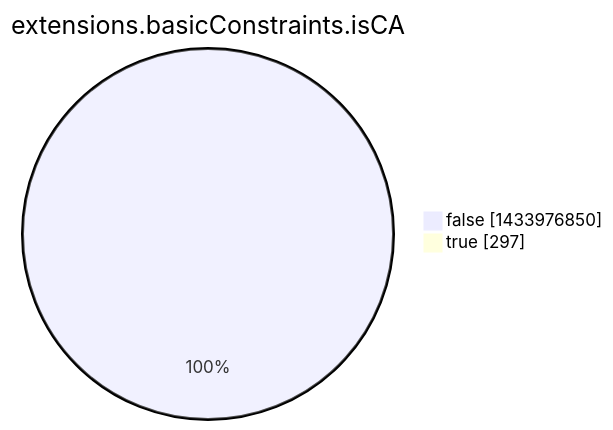
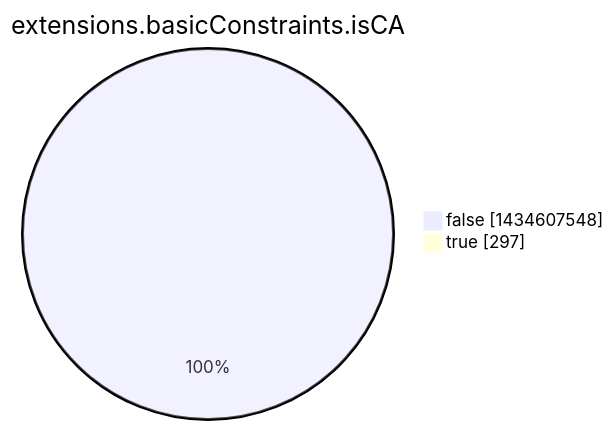
Before and after one commit to christiankrug/ctmonitor_visualization: the eighth of 15 diagrams in argon2022/README.md, drawn with Mermaid. The commit also changed other lines of this file, not shown here.

````diff
--- a/argon2022/README.md
+++ b/argon2022/README.md
@@ -2760,6 +2760,6 @@
 ```mermaid
 pie showData
 title extensions.basicConstraints.isCA
-"false" :1433976850
+"false" :1434607548
 "true" :297
 ```
````
